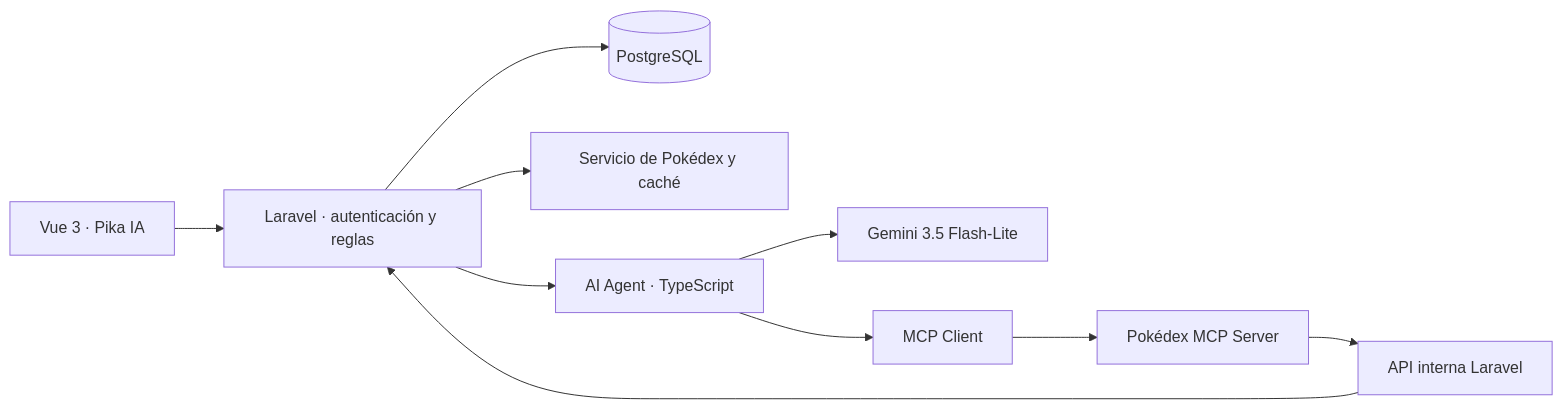
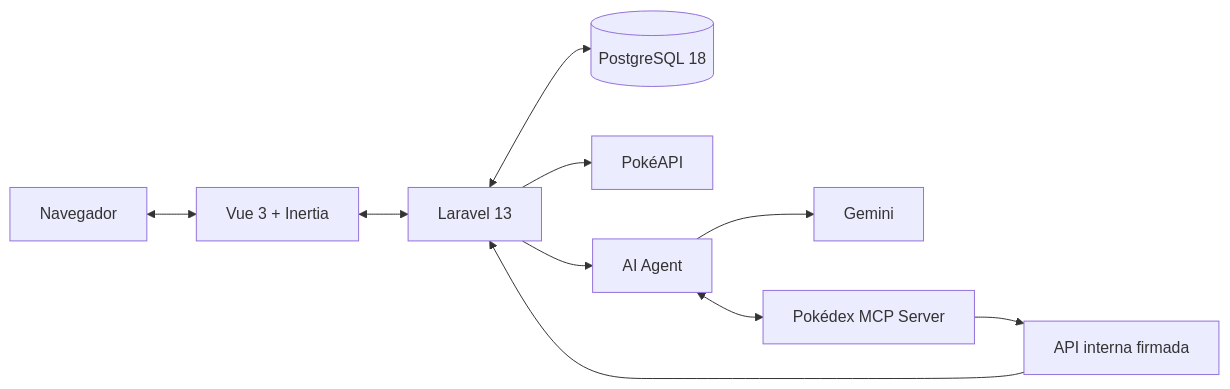
Before and after one commit to EDnny12/pokedex-manager: the diagram in README.md, drawn with Mermaid. The commit also changed other lines of this file and 2 other files, not shown here.

````diff
--- a/README.md
+++ b/README.md
@@ -36,12 +50,12 @@
 ```mermaid
 flowchart LR
-    Vue["Vue 3 · Pika IA"] --> Laravel["Laravel · autenticación y reglas"]
-    Laravel --> PostgreSQL[(PostgreSQL)]
-    Laravel --> Catalog["Servicio de Pokédex y caché"]
-    Laravel --> Agent["AI Agent · TypeScript"]
-    Agent --> Gemini["Gemini 3.5 Flash-Lite"]
-    Agent --> MCP["MCP Client"]
-    MCP --> Server["Pokédex MCP Server"]
-    Server --> Internal["API interna Laravel"]
+    Browser["Navegador"] <--> Vue["Vue 3 + Inertia"]
+    Vue <--> Laravel["Laravel 13"]
+    Laravel <--> Database[("PostgreSQL 18")]
+    Laravel --> PokeAPI["PokéAPI"]
+    Laravel --> Agent["AI Agent"]
+    Agent --> Gemini["Gemini"]
+    Agent <--> MCP["Pokédex MCP Server"]
+    MCP --> Internal["API interna firmada"]
     Internal --> Laravel
 ```
````
